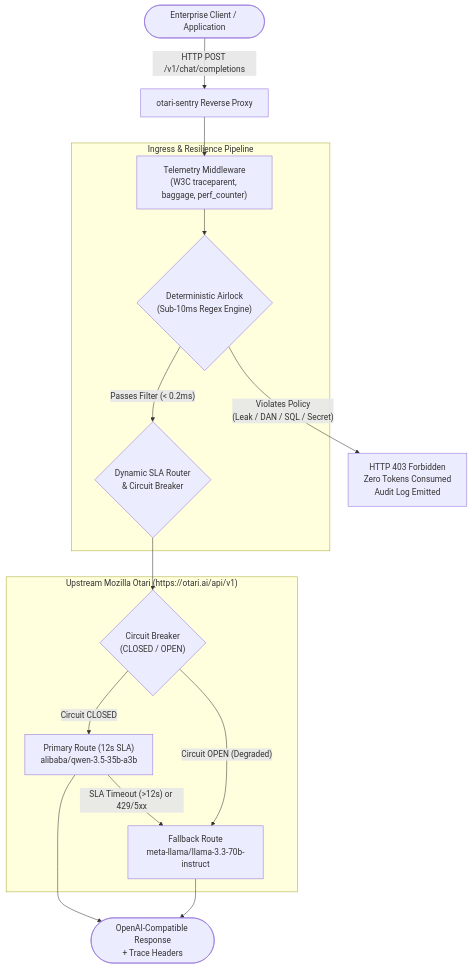
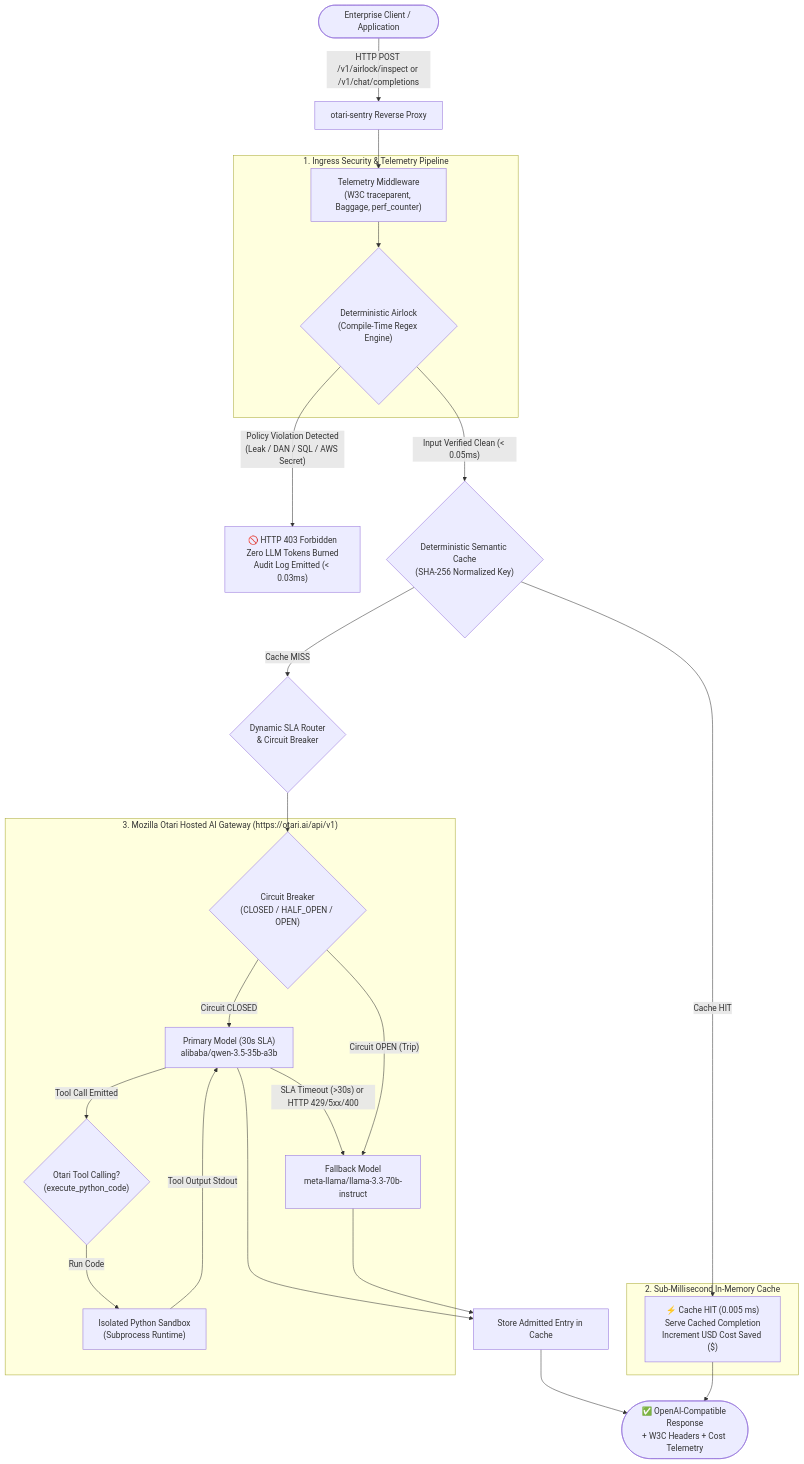
One commit to fokrulanthro16-eng/otari-sentry changed the diagram in README.md. Above: the diagram before and after it, drawn with Mermaid. The commit also changed other lines of this file and 8 other files, not shown here.

````diff
--- a/README.md
+++ b/README.md
@@ -31,30 +40,44 @@
 ```mermaid
 flowchart TD
-    Client(["Enterprise Client / Application"]) -->|"HTTP POST /v1/chat/completions"| Proxy["otari-sentry Reverse Proxy"]
+    Client(["Enterprise Client / Application"]) -->|"HTTP POST /v1/airlock/inspect or /v1/chat/completions"| Proxy["otari-sentry Reverse Proxy"]
 
-    subgraph Pipeline["Ingress & Resilience Pipeline"]
-        OTel["Telemetry Middleware\n(W3C traceparent, baggage, perf_counter)"]
-        Airlock{"Deterministic Airlock\n(Sub-10ms Regex Engine)"}
-        Router{"Dynamic SLA Router\n& Circuit Breaker"}
+    subgraph IngressPipeline["1. Ingress Security & Telemetry Pipeline"]
+        OTel["Telemetry Middleware\n(W3C traceparent, Baggage, perf_counter)"]
+        Airlock{"Deterministic Airlock\n(Compile-Time Regex Engine)"}
     end
 
     Proxy --> OTel
     OTel --> Airlock
 
-    Airlock -->|"Violates Policy\n(Leak / DAN / SQL / Secret)"| Drop["HTTP 403 Forbidden\nZero Tokens Consumed\nAudit Log Emitted"]
-    Airlock -->|"Passes Filter (< 0.2ms)"| Router
+    Airlock -->|"Policy Violation Detected\n(Leak / DAN / SQL / AWS Secret)"| Drop["🚫 HTTP 403 Forbidden\nZero LLM Tokens Burned\nAudit Log Emitted (< 0.03ms)"]
 
-    subgraph GatewayRouting["Upstream Mozilla Otari (https://otari.ai/api/v1)"]
-        Primary["Primary Route (12s SLA)\nalibaba/qwen-3.5-35b-a3b"]
-        CB{"Circuit Breaker\n(CLOSED / OPEN)"}
-        Fallback["Fallback Route\nmeta-llama/llama-3.3-70b-instruct"]
+    Airlock -->|"Input Verified Clean (< 0.05ms)"| Cache{"Deterministic Semantic Cache\n(SHA-256 Normalized Key)"}
+
+    subgraph CachingLayer["2. Sub-Millisecond In-Memory Cache"]
+        CacheHit["⚡ Cache HIT (0.005 ms)\nServe Cached Completion\nIncrement USD Cost Saved ($)"]
+    end
+
+    Cache -->|"Cache HIT"| CacheHit
+    Cache -->|"Cache MISS"| Router{"Dynamic SLA Router\n& Circuit Breaker"}
+
+    subgraph UpstreamGateway["3. Mozilla Otari Hosted AI Gateway (https://otari.ai/api/v1)"]
+        CB{"Circuit Breaker\n(CLOSED / HALF_OPEN / OPEN)"}
+        PrimaryRoute["Primary Model (30s SLA)\nalibaba/qwen-3.5-35b-a3b"]
+        Sandbox{"Otari Tool Calling?\n(execute_python_code)"}
+        LocalSandbox["Isolated Python Sandbox\n(Subprocess Runtime)"]
+        FallbackRoute["Fallback Model\nmeta-llama/llama-3.3-70b-instruct"]
     end
 
     Router --> CB
-    CB -->|"Circuit CLOSED"| Primary
-    Primary -->|"SLA Timeout (>12s) or 429/5xx"| Fallback
-    CB -->|"Circuit OPEN (Degraded)"| Fallback
+    CB -->|"Circuit CLOSED"| PrimaryRoute
+    PrimaryRoute -->|"Tool Call Emitted"| Sandbox
+    Sandbox -->|"Run Code"| LocalSandbox
+    LocalSandbox -->|"Tool Output Stdout"| PrimaryRoute
+    PrimaryRoute -->|"SLA Timeout (>30s) or HTTP 429/5xx/400"| FallbackRoute
+    CB -->|"Circuit OPEN (Trip)"| FallbackRoute
 
-    Primary --> Response(["OpenAI-Compatible Response\n+ Trace Headers"])
-    Fallback --> Response
+    PrimaryRoute --> SentryStore["Store Admitted Entry in Cache"]
+    FallbackRoute --> SentryStore
+    SentryStore --> Response(["✅ OpenAI-Compatible Response\n+ W3C Headers + Cost Telemetry"])
+    CacheHit --> Response
 ```
````
